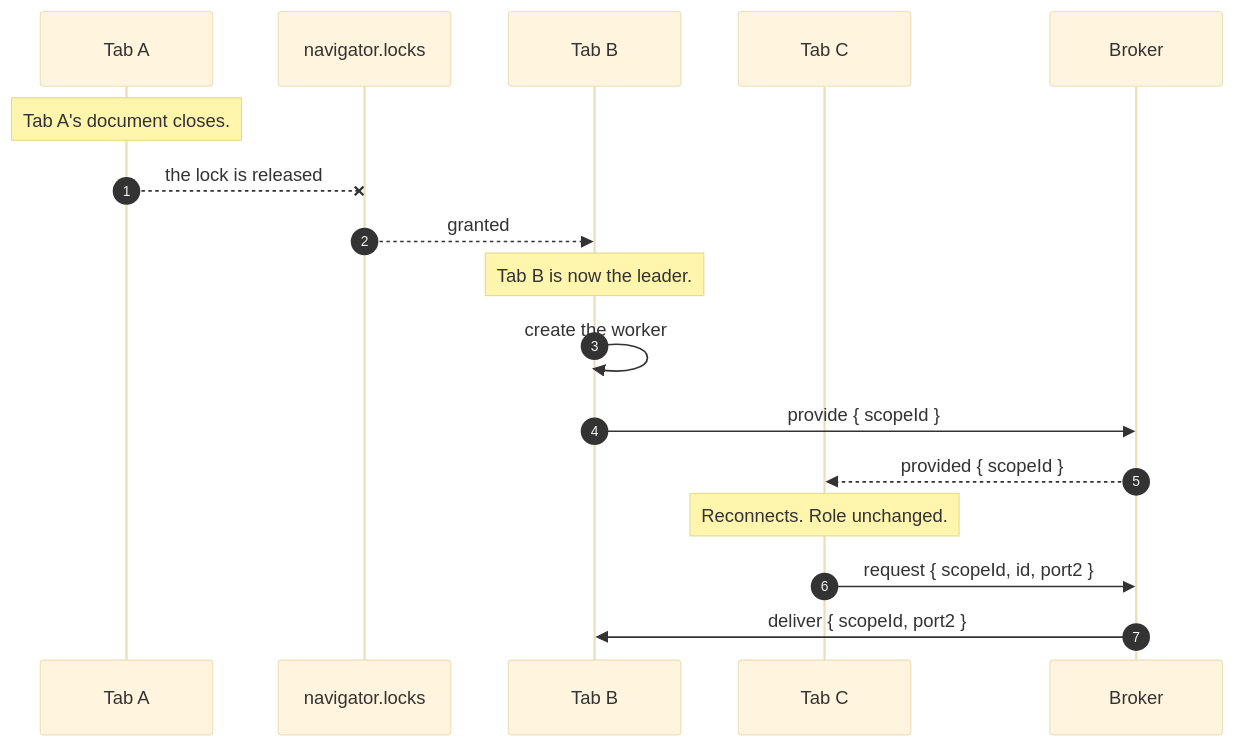
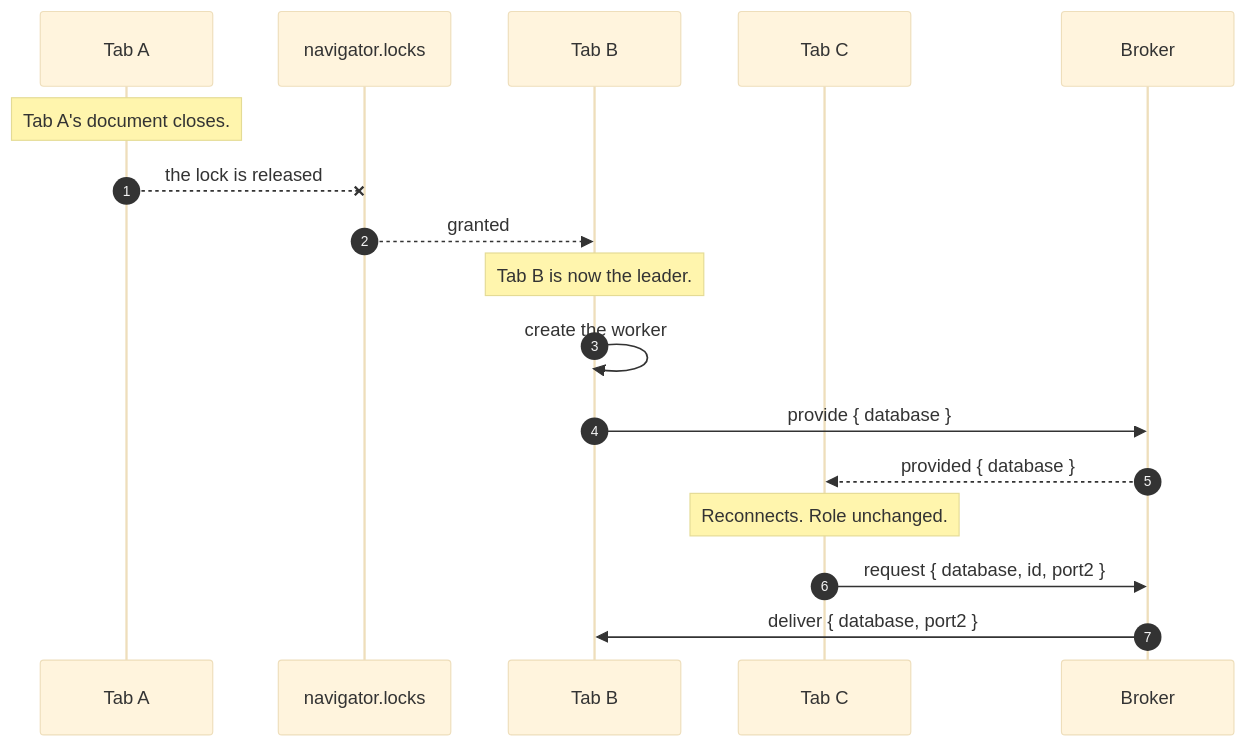
The third of 3 diagrams in docs/src/content/docs/concepts/multi-tab.md (msiemens/weftdb), drawn with Mermaid (base theme) before and after one commit. The commit also changed other lines of this file and 18 other files, not shown here.

````diff
--- a/docs/src/content/docs/concepts/multi-tab.md
+++ b/docs/src/content/docs/concepts/multi-tab.md
@@ -151,22 +185,22 @@
 ```mermaid
 sequenceDiagram
   autonumber
   participant A as Tab A
   participant L as navigator.locks
   participant B as Tab B
   participant C as Tab C
   participant K as Broker
 
   Note over A: Tab A's document closes.
   A--xL: the lock is released
   L-->>B: granted
   Note over B: Tab B is now the leader.
 
   B->>B: create the worker
-  B->>K: provide { scopeId }
-  K-->>C: provided { scopeId }
+  B->>K: provide { database }
+  K-->>C: provided { database }
   Note over C: Reconnects. Role unchanged.
 
-  C->>K: request { scopeId, id, port2 }
-  K->>B: deliver { scopeId, port2 }
+  C->>K: request { database, id, port2 }
+  K->>B: deliver { database, port2 }
 ```
````
